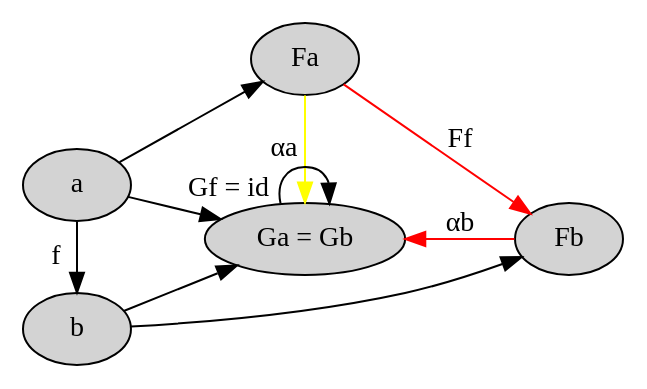
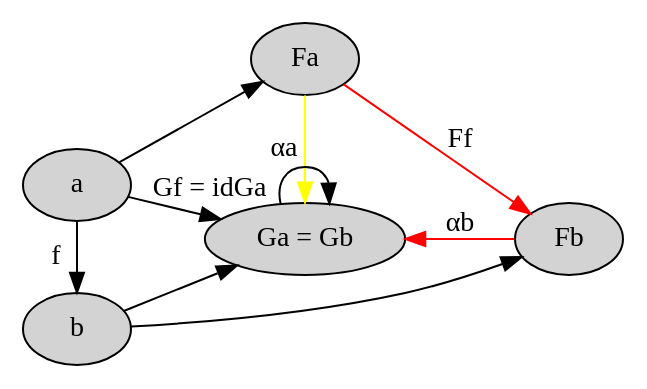
Before and after one commit to evenbrenden/ct4p-challenges: the diagram in chapter17-challenge1-part2.dot, drawn with Graphviz. The commit also changed 14 other files, not shown here.

```diff
--- a/chapter17-challenge1-part2.dot
+++ b/chapter17-challenge1-part2.dot
@@ -1,23 +1,23 @@
 digraph {
   node [style="filled" color="black" fillcolor="lightgray"]
 
   rankdir=LR
   { rank=same a b }
   { rank=same Fa GaGb }
 
   a [label="a"]
   b [label="b"]
   Fa [label="Fa"]
   Fb [label="Fb"]
   GaGb [label="Ga = Gb"]
 
   a -> b [label="f"]
   a -> Fa
   b -> Fb
   a -> GaGb
   b -> GaGb
-  GaGb -> GaGb [xlabel="Gf = id" ]
+  GaGb -> GaGb [xlabel="Gf = idGa"]
   Fa -> Fb [label="Ff" color="red"]
   Fb -> GaGb [label="αb" color="red"]
   Fa -> GaGb [label="αa" color="yellow"]
 }
```
